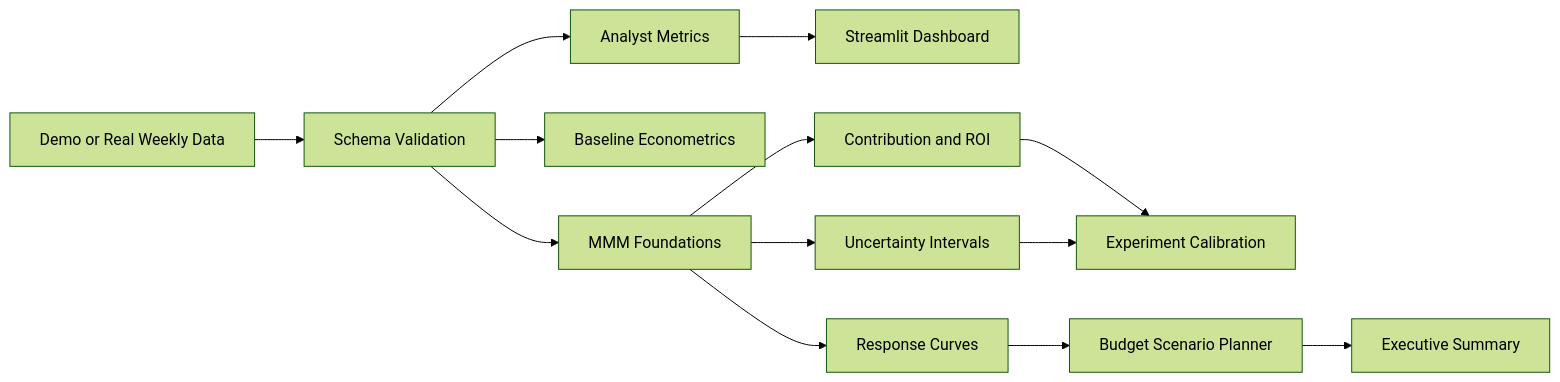
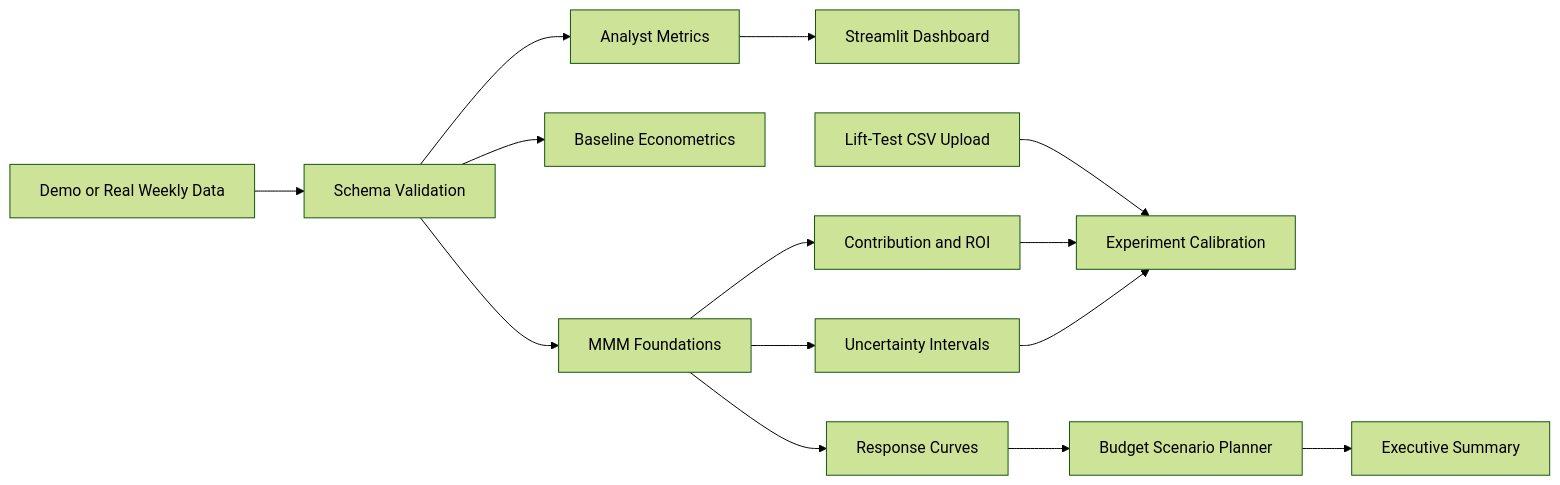
Before and after one commit to rosscyking1115/marketing-effectiveness-lab: the first of 2 diagrams in docs/architecture.md, drawn with Mermaid (forest theme). The commit also changed other lines of this file and 6 other files, not shown here.

Commit message:
Add experiment evidence upload workflow

````diff
--- a/docs/architecture.md
+++ b/docs/architecture.md
@@ -7,15 +7,16 @@
 ```mermaid
 flowchart LR
     A["Demo or Real Weekly Data"] --> B["Schema Validation"]
     B --> C["Analyst Metrics"]
     C --> D["Streamlit Dashboard"]
     B --> E["Baseline Econometrics"]
     B --> F["MMM Foundations"]
     F --> G["Contribution and ROI"]
     F --> H["Uncertainty Intervals"]
-    G --> I["Experiment Calibration"]
+    M["Lift-Test CSV Upload"] --> I["Experiment Calibration"]
+    G --> I
     H --> I
     F --> J["Response Curves"]
     J --> K["Budget Scenario Planner"]
     K --> L["Executive Summary"]
 ```
````
